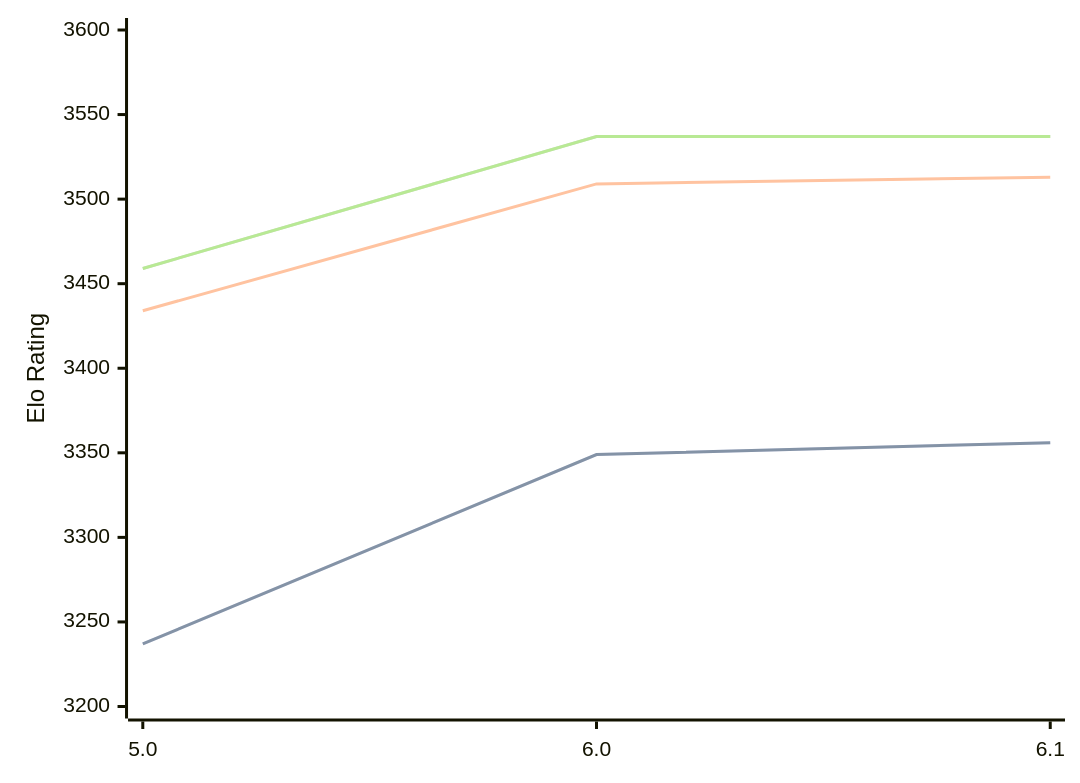
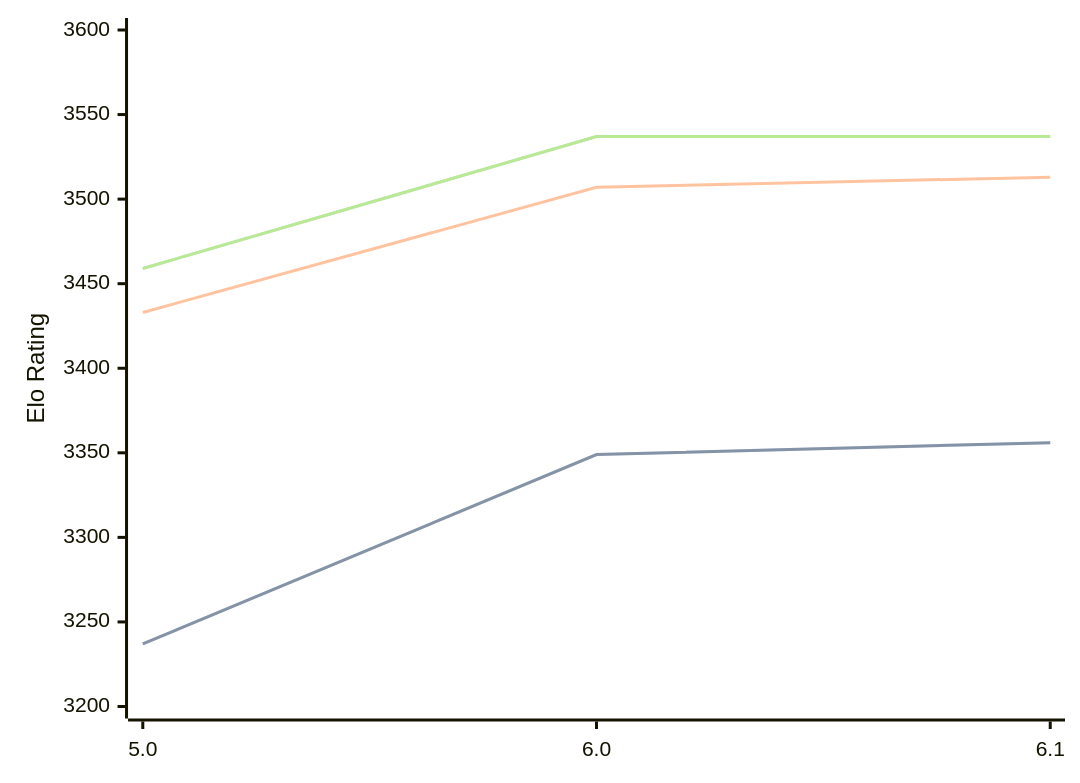
One commit to computer-chess-index/cci changed the diagram in engines/Starzix.md. Above: the diagram before and after it, drawn with Mermaid. The commit also changed other lines of this file, not shown here.

````diff
--- a/engines/Starzix.md
+++ b/engines/Starzix.md
@@ -37,11 +37,11 @@
 ```mermaid
 %%{init: {"theme":"base","themeVariables":{"seriesColors:['#a3a3a3','#222221','#faa371']}}}%%
 xychart-beta
   x-axis ["5.0", "6.0", "6.1"]
   y-axis "Elo Rating" 3200 --> 3600
   line "STC (8.0+0.08s)" [3237, 3349, 3356]
   line "STC (8.0+0.08s)" [3237, 3349, 3356]
-  line "LTC (60.0+0.60s)" [3434, 3509, 3513]
+  line "LTC (60.0+0.60s)" [3433, 3507, 3513]
   line "VLTC (2m24s+1.12s)" [3459, 3537, 3537]
   line "VLTC (2m24s+1.12s)" [3459, 3537, 3537]
 ```
````
